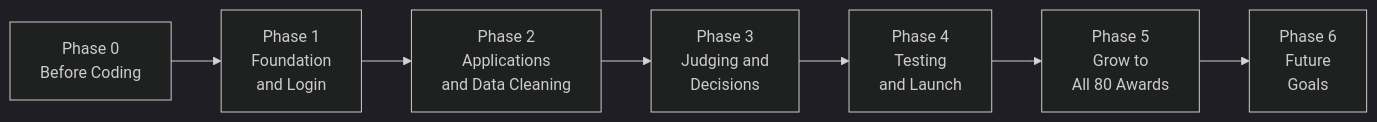
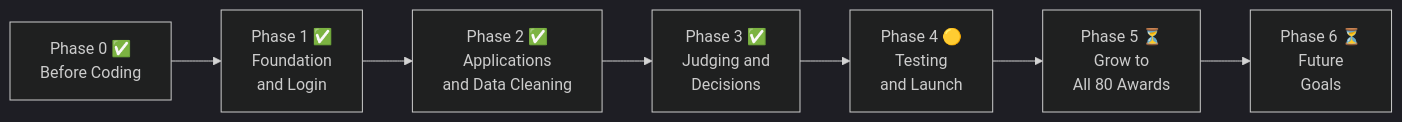
The diagram in docs/Product-Roadmap.md (shashankgusain2-glitch/AwardApplication), drawn with Mermaid (dark theme) before and after one commit. The commit also changed other lines of this file and 13 other files, not shown here.

First line of the commit message:
Docs: roadmaps, timeline and role docs match the app

````diff
--- a/docs/Product-Roadmap.md
+++ b/docs/Product-Roadmap.md
@@ -12,9 +14,9 @@
 ```mermaid
 flowchart LR
-    P0[Phase 0<br/>Before Coding] --> P1[Phase 1<br/>Foundation<br/>and Login]
-    P1 --> P2[Phase 2<br/>Applications<br/>and Data Cleaning]
-    P2 --> P3[Phase 3<br/>Judging and<br/>Decisions]
-    P3 --> P4[Phase 4<br/>Testing<br/>and Launch]
-    P4 --> P5[Phase 5<br/>Grow to<br/>All 80 Awards]
-    P5 --> P6[Phase 6<br/>Future<br/>Goals]
+    P0[Phase 0 ✅<br/>Before Coding] --> P1[Phase 1 ✅<br/>Foundation<br/>and Login]
+    P1 --> P2[Phase 2 ✅<br/>Applications<br/>and Data Cleaning]
+    P2 --> P3[Phase 3 ✅<br/>Judging and<br/>Decisions]
+    P3 --> P4[Phase 4 🟡<br/>Testing<br/>and Launch]
+    P4 --> P5[Phase 5 ⏳<br/>Grow to<br/>All 80 Awards]
+    P5 --> P6[Phase 6 ⏳<br/>Future<br/>Goals]
 ```
````
